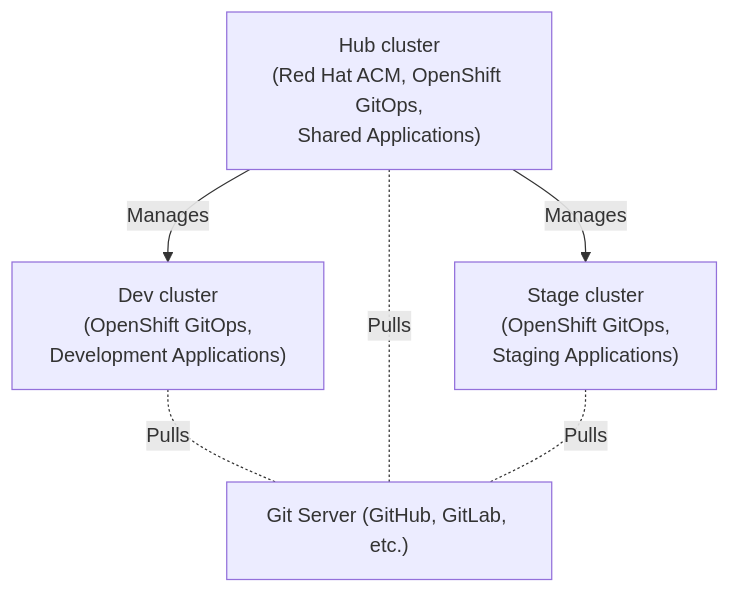
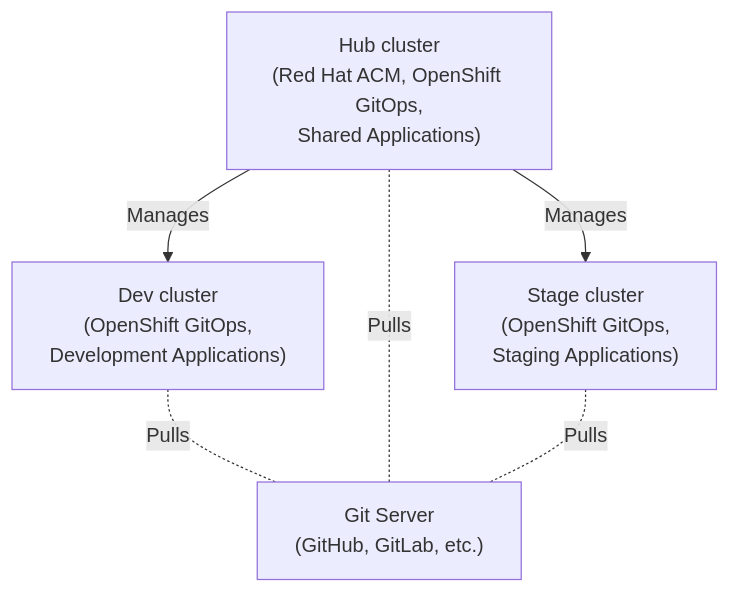
The first of 2 diagrams in profile/README.md (hello-world-gitops/.github), drawn with Mermaid before and after one commit.

Commit message:
Add line break to Git server node

````diff
--- a/profile/README.md
+++ b/profile/README.md
@@ -20,8 +20,8 @@
 ```mermaid
 graph TD
         Hub["Hub cluster<br />(Red Hat ACM, OpenShift GitOps,<br />Shared Applications)"] -- Manages --> Dev["Dev cluster<br />(OpenShift GitOps,<br />Development Applications)"]
         Hub -- Manages --> Stage["Stage cluster<br />(OpenShift GitOps,<br />Staging Applications)"]
         Dev -. Pulls .- Git
-        Hub -. Pulls .- Git["Git Server (GitHub, GitLab, etc.)"]
+        Hub -. Pulls .- Git["Git Server<br />(GitHub, GitLab, etc.)"]
         Stage -. Pulls .- Git
 ```
````
